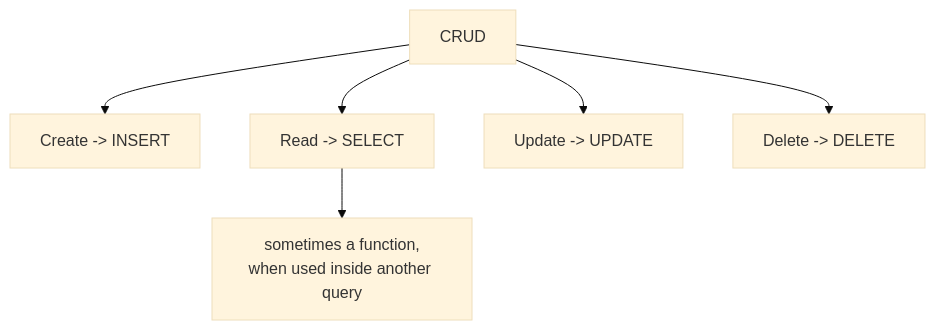
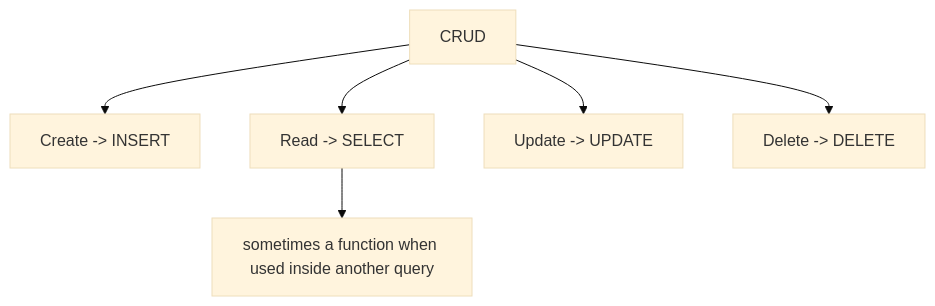
Before and after one commit to tjovic/database-design-labs-public: the fifth of 5 diagrams in labs/lab07-crud-operations.md, drawn with Mermaid (base theme). The commit also changed other lines of this file, not shown here.

````diff
--- a/labs/lab07-crud-operations.md
+++ b/labs/lab07-crud-operations.md
@@ -2545,8 +2599,8 @@
 ```mermaid
 flowchart TD
     CRUD[CRUD] --> C[Create -> INSERT]
     CRUD --> R[Read -> SELECT]
     CRUD --> U[Update -> UPDATE]
     CRUD --> D[Delete -> DELETE]
-    R --> F["sometimes a function,<br/>when used inside another query"]
+    R --> F["sometimes a function when used inside another query"]
 ```
````
